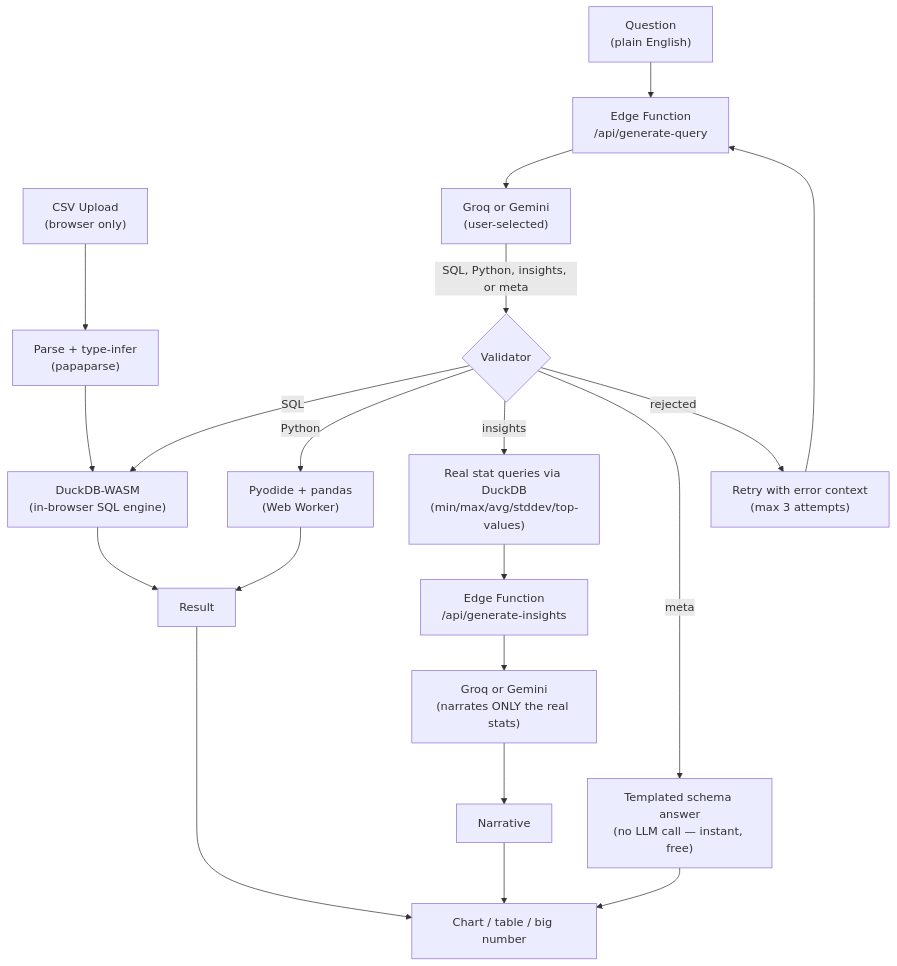
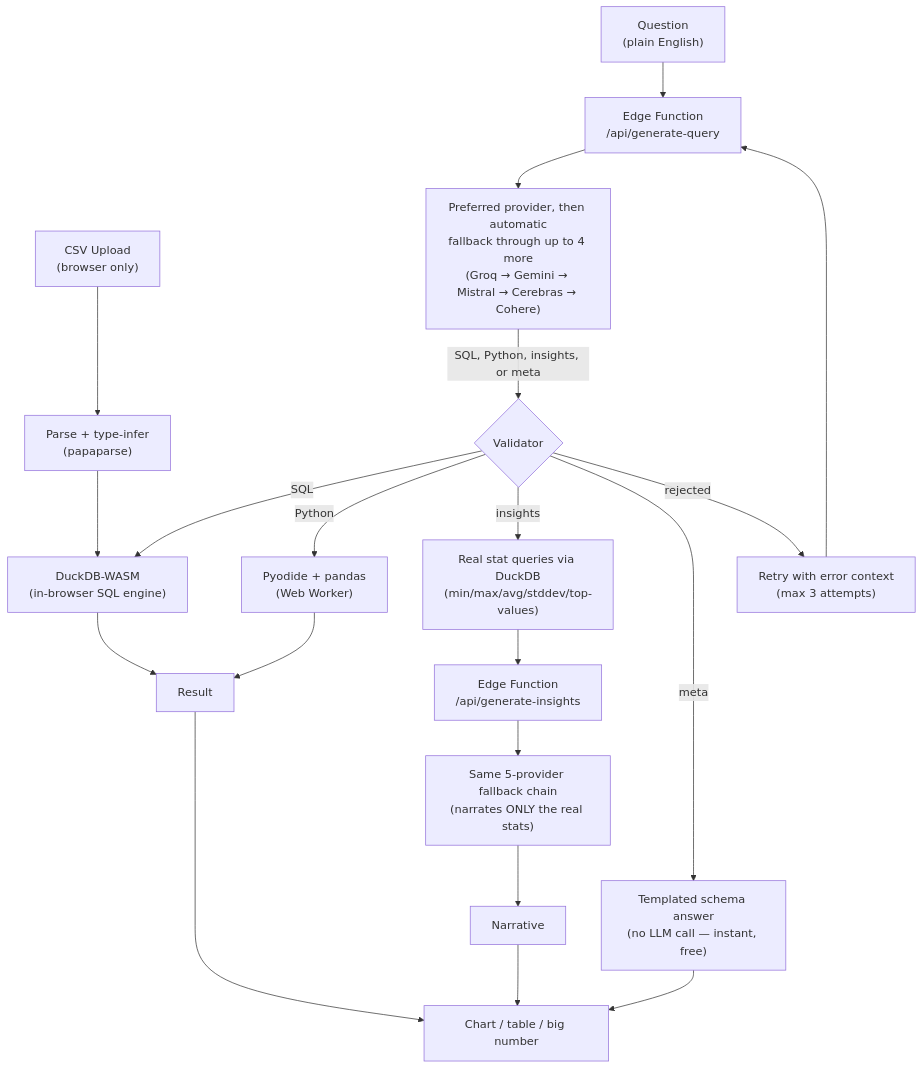
Before and after one commit to Zephyrex21/ai-data-analyst-agent: the diagram in README.md, drawn with Mermaid. The commit also changed other lines of this file and 24 other files, not shown here.

````diff
--- a/README.md
+++ b/README.md
@@ -21,26 +21,26 @@
 ```mermaid
 flowchart TD
     U["CSV Upload<br/>(browser only)"] --> P["Parse + type-infer<br/>(papaparse)"]
     P --> D["DuckDB-WASM<br/>(in-browser SQL engine)"]
 
     Q["Question<br/>(plain English)"] --> E["Edge Function<br/>/api/generate-query"]
-    E --> G["Groq or Gemini<br/>(user-selected)"]
+    E --> G["Preferred provider, then automatic<br/>fallback through up to 4 more<br/>(Groq → Gemini → Mistral → Cerebras → Cohere)"]
     G -->|"SQL, Python, insights, or meta"| V{"Validator"}
 
     V -->|"SQL"| D
     V -->|"Python"| PY["Pyodide + pandas<br/>(Web Worker)"]
     V -->|"insights"| STAT["Real stat queries via DuckDB<br/>(min/max/avg/stddev/top-values)"]
     V -->|"meta"| META["Templated schema answer<br/>(no LLM call — instant, free)"]
     V -->|"rejected"| R["Retry with error context<br/>(max 3 attempts)"]
     R --> E
 
     STAT --> NAR["Edge Function<br/>/api/generate-insights"]
-    NAR --> G2["Groq or Gemini<br/>(narrates ONLY the real stats)"]
+    NAR --> G2["Same 5-provider fallback chain<br/>(narrates ONLY the real stats)"]
     G2 --> NARR["Narrative"]
 
     D --> RES["Result"]
     PY --> RES
     RES --> C["Chart / table / big number"]
     NARR --> C
     META --> C
 ```
````
